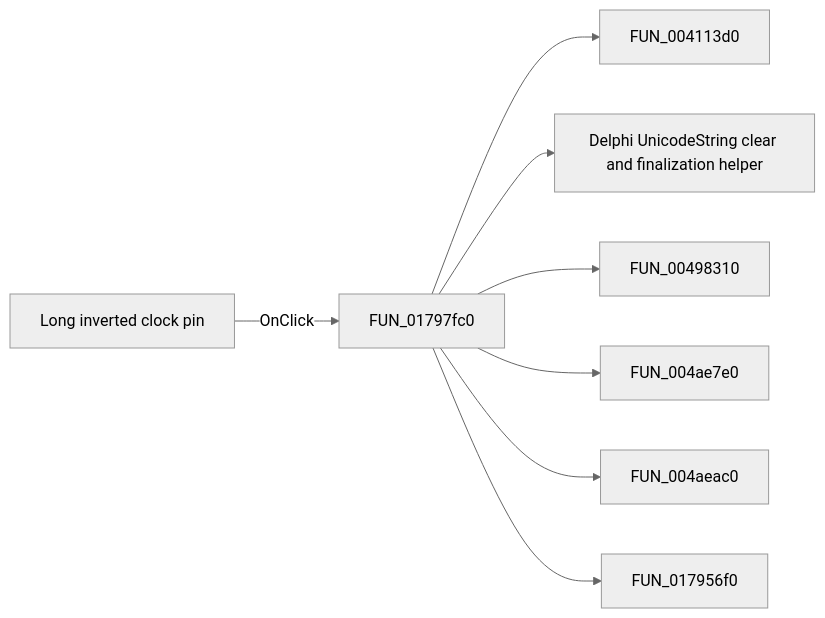
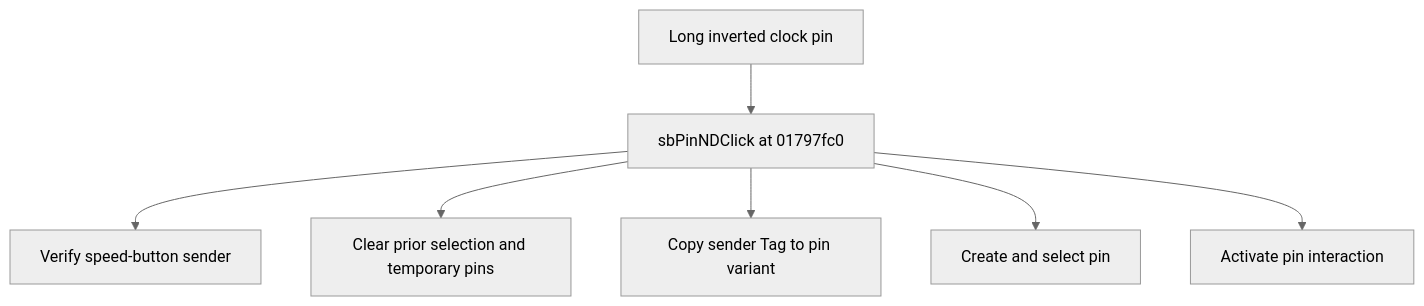
The diagram in docs/ui-controls/shapeedit/sbpinldc-4933965754.md (MovGP0/TIARA), drawn with Mermaid (neutral theme) before and after one commit. The commit also changed other lines of this file and 1062 other files, not shown here.

````diff
--- a/docs/ui-controls/shapeedit/sbpinldc-4933965754.md
+++ b/docs/ui-controls/shapeedit/sbpinldc-4933965754.md
@@ -27,10 +27,9 @@
 ```mermaid
-flowchart LR
-    control["Long inverted clock pin"] -->|OnClick| handler["FUN_01797fc0"]
-    handler --> call1["FUN_004113d0"]
-    handler --> call2["Delphi UnicodeString clear and finalization helper"]
-    handler --> call3["FUN_00498310"]
-    handler --> call4["FUN_004ae7e0"]
-    handler --> call5["FUN_004aeac0"]
-    handler --> call6["FUN_017956f0"]
+flowchart TD
+    control["Long inverted clock pin"] --> handler["sbPinNDClick at 01797fc0"]
+    handler --> step1["Verify speed-button sender"]
+    handler --> step2["Clear prior selection and temporary pins"]
+    handler --> step3["Copy sender Tag to pin variant"]
+    handler --> step4["Create and select pin"]
+    handler --> step5["Activate pin interaction"]
 ```
````
